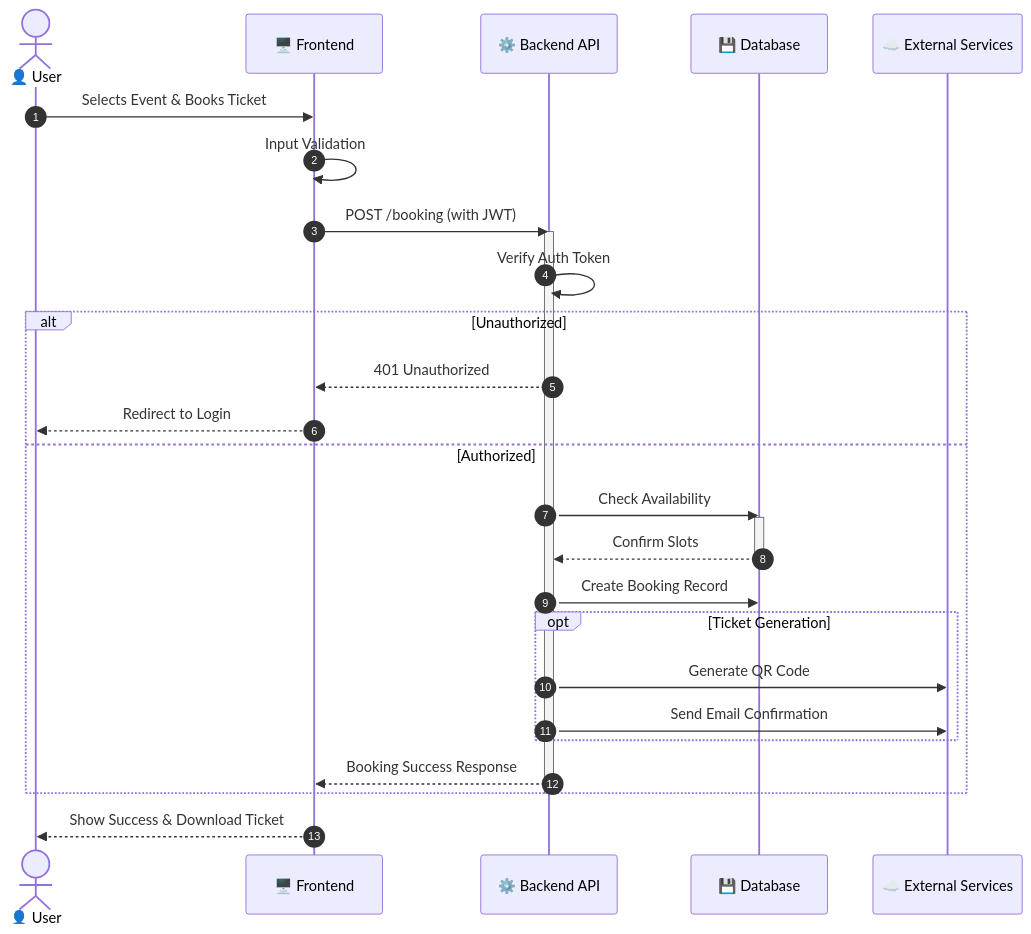
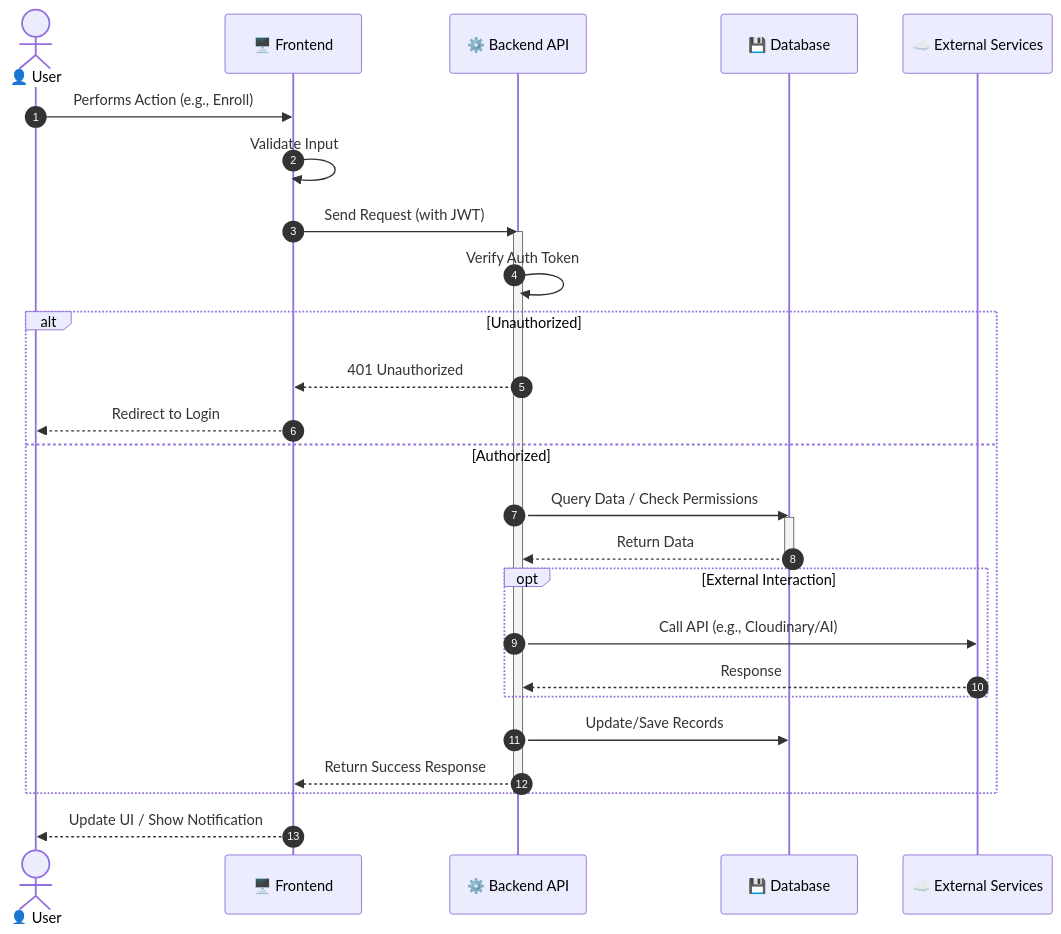
Before and after one commit to SasinduDenuwan/NovaEdu-LMS: the second of 2 diagrams in README.md, drawn with Mermaid. The commit also changed other lines of this file, not shown here.

````diff
--- a/README.md
+++ b/README.md
@@ -78,38 +86,38 @@
 ```mermaid
 sequenceDiagram
     autonumber
     actor User as 👤 User
     participant FE as 🖥️ Frontend
     participant API as ⚙️ Backend API
     participant DB as 💾 Database
     participant Ext as ☁️ External Services
 
-    User->>FE: Selects Event & Books Ticket
-    FE->>FE: Input Validation
-    FE->>API: POST /booking (with JWT)
+    User->>FE: Performs Action (e.g., Enroll)
+    FE->>FE: Validate Input
+    FE->>API: Send Request (with JWT)
     
     activate API
     API->>API: Verify Auth Token
     
     alt Unauthorized
         API-->>FE: 401 Unauthorized
         FE-->>User: Redirect to Login
     else Authorized
-        API->>DB: Check Availability
+        API->>DB: Query Data / Check Permissions
         activate DB
-        DB-->>API: Confirm Slots
+        DB-->>API: Return Data
         deactivate DB
         
-        API->>DB: Create Booking Record
-        
-        opt Ticket Generation
-            API->>Ext: Generate QR Code
-            API->>Ext: Send Email Confirmation
+        opt External Interaction
+            API->>Ext: Call API (e.g., Cloudinary/AI)
+            Ext-->>API: Response
         end
         
-        API-->>FE: Booking Success Response
+        API->>DB: Update/Save Records
+        
+        API-->>FE: Return Success Response
     end
     deactivate API
     
-    FE-->>User: Show Success & Download Ticket
+    FE-->>User: Update UI / Show Notification
 ```
````
